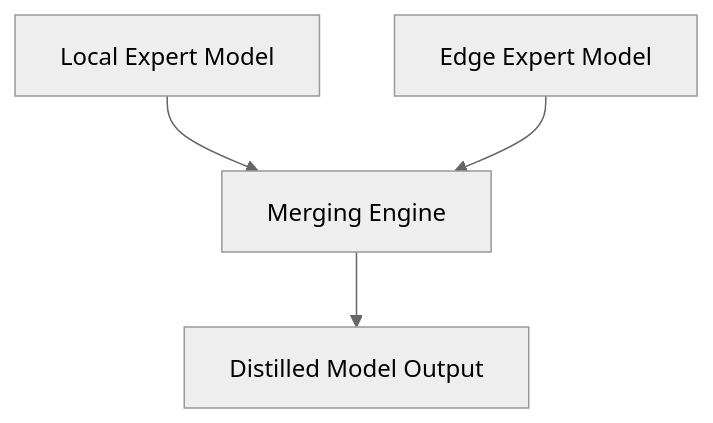
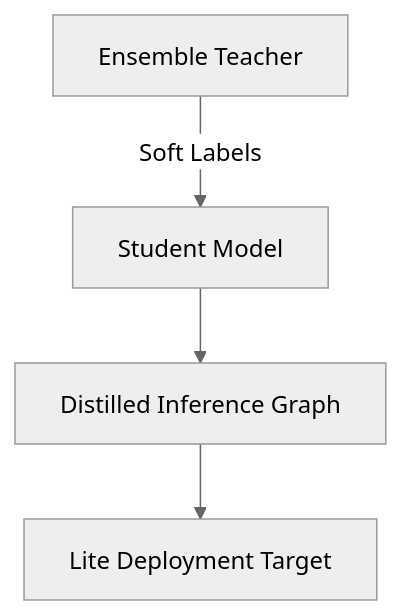
Before and after one commit to VegaisMVP/AI-prediction-model-research: the seventh of 15 diagrams in 03_training_pipeline.md, drawn with Mermaid (neutral theme). The commit also changed other lines of this file, not shown here.

````diff
--- a/03_training_pipeline.md
+++ b/03_training_pipeline.md
@@ -147,6 +447,6 @@
 ```mermaid
 graph TD
-    L1[Local Expert Model] --> M[Merging Engine]
-    L2[Edge Expert Model] --> M
-    M --> D[Distilled Model Output]
+    A[Ensemble Teacher] -->|Soft Labels| B[Student Model]
+    B --> C[Distilled Inference Graph]
+    C --> D[Lite Deployment Target]
 ```
````
